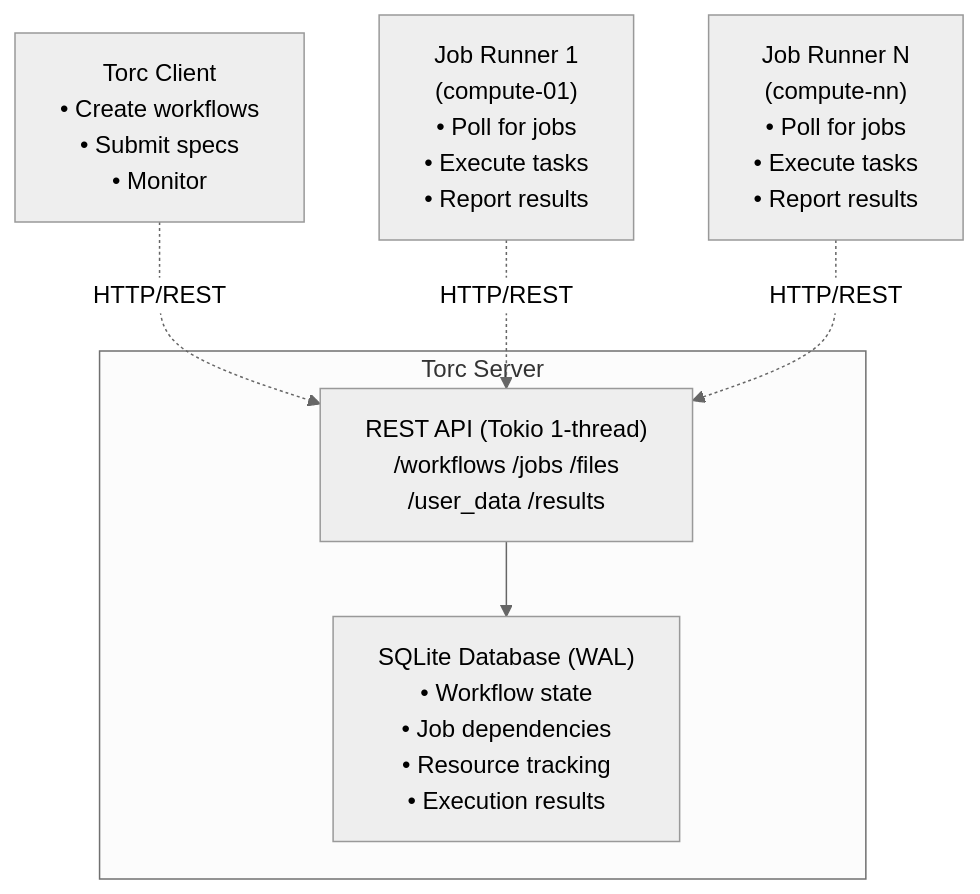
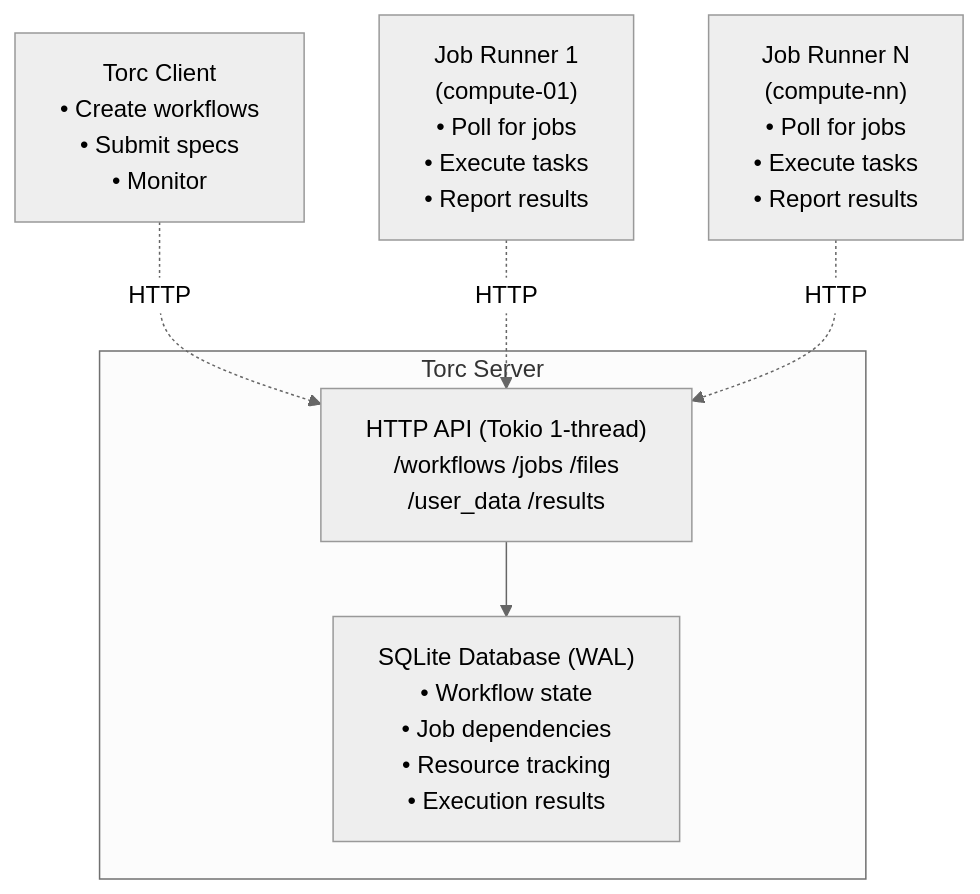
One commit to NREL/torc changed the diagram in docs/src/explanation/architecture.md. Above: the diagram before and after it, drawn with Mermaid (neutral theme). The commit also changed other lines of this file and 15 other files, not shown here.

````diff
--- a/docs/src/explanation/architecture.md
+++ b/docs/src/explanation/architecture.md
@@ -18,16 +18,16 @@
 ```mermaid
 graph TB
     subgraph Server["Torc Server"]
-        API["REST API (Tokio 1-thread)<br/>/workflows /jobs /files<br/>/user_data /results"]
+        API["HTTP API (Tokio 1-thread)<br/>/workflows /jobs /files<br/>/user_data /results"]
         DB["SQLite Database (WAL)<br/>• Workflow state<br/>• Job dependencies<br/>• Resource tracking<br/>• Execution results"]
         API --> DB
     end
 
     Client["Torc Client<br/>• Create workflows<br/>• Submit specs<br/>• Monitor"]
     Runner1["Job Runner 1<br/>(compute-01)<br/>• Poll for jobs<br/>• Execute tasks<br/>• Report results"]
     RunnerN["Job Runner N<br/>(compute-nn)<br/>• Poll for jobs<br/>• Execute tasks<br/>• Report results"]
 
-    Client -.HTTP/REST.-> API
-    Runner1 -.HTTP/REST.-> API
-    RunnerN -.HTTP/REST.-> API
+    Client -.HTTP.-> API
+    Runner1 -.HTTP.-> API
+    RunnerN -.HTTP.-> API
 ```
````
